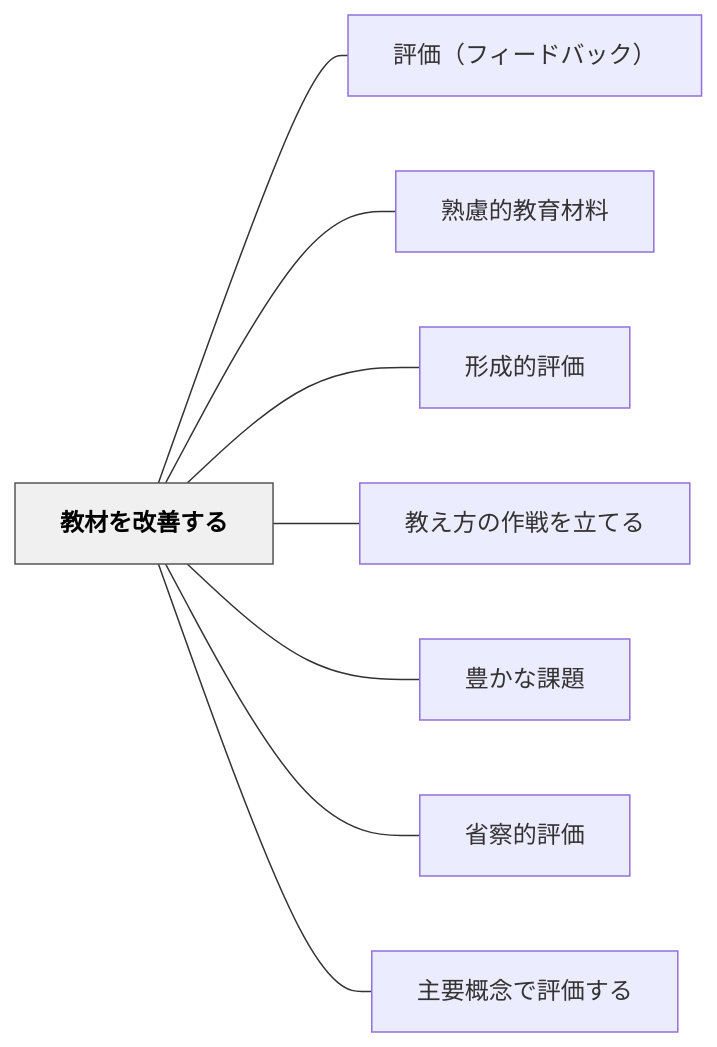
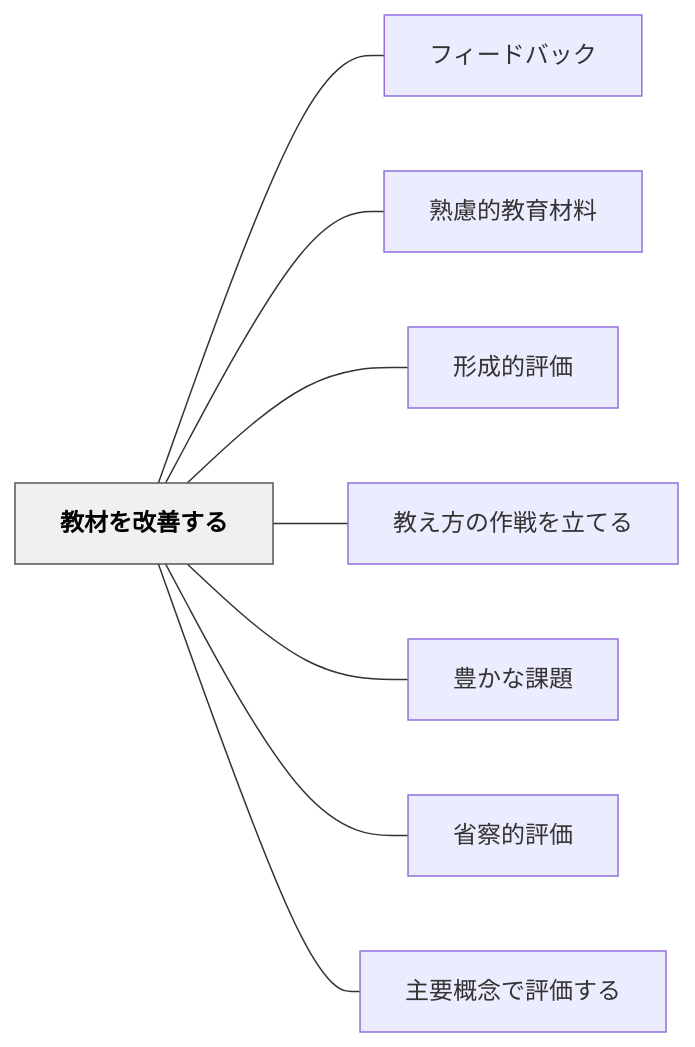
The diagram in content/パタン/教材を改善する.md (unknownthings-ed-patterns/unknownthings-ed-patterns), drawn with Mermaid before and after one commit. The commit also changed 5 other files, not shown here.

````diff
--- a/content/パタン/教材を改善する.md
+++ b/content/パタン/教材を改善する.md
@@ -48,22 +48,22 @@
 ```mermaid
 flowchart LR
     ne69599e69d90e38292e694b9e59684e38199e3828b["教材を改善する"]
-    ne8a995e4bea1efbc88e38395e382a3e383bce38389e38390e38383e382afefbc89["評価（フィードバック）"]
+    ne38395e382a3e383bce38389e38390e38383e382af["フィードバック"]
     ne7869fe685aee79a84e69599e882b2e69d90e69699["熟慮的教育材料"]
     ne5bda2e68890e79a84e8a995e4bea1["形成的評価"]
     ne69599e38188e696b9e381aee4bd9ce688a6e38292e7ab8be381a6e3828b["教え方の作戦を立てる"]
     ne8b18ae3818be381aae8aab2e9a18c["豊かな課題"]
     ne79c81e5af9fe79a84e8a995e4bea1["省察的評価"]
     ne4b8bbe8a681e6a682e5bfb5e381a7e8a995e4bea1e38199e3828b["主要概念で評価する"]
 
-    ne69599e69d90e38292e694b9e59684e38199e3828b --- ne8a995e4bea1efbc88e38395e382a3e383bce38389e38390e38383e382afefbc89
+    ne69599e69d90e38292e694b9e59684e38199e3828b --- ne38395e382a3e383bce38389e38390e38383e382af
     ne69599e69d90e38292e694b9e59684e38199e3828b --- ne7869fe685aee79a84e69599e882b2e69d90e69699
     ne69599e69d90e38292e694b9e59684e38199e3828b --- ne5bda2e68890e79a84e8a995e4bea1
     ne69599e69d90e38292e694b9e59684e38199e3828b --- ne69599e38188e696b9e381aee4bd9ce688a6e38292e7ab8be381a6e3828b
     ne69599e69d90e38292e694b9e59684e38199e3828b --- ne8b18ae3818be381aae8aab2e9a18c
     ne69599e69d90e38292e694b9e59684e38199e3828b --- ne79c81e5af9fe79a84e8a995e4bea1
     ne69599e69d90e38292e694b9e59684e38199e3828b --- ne4b8bbe8a681e6a682e5bfb5e381a7e8a995e4bea1e38199e3828b
 
     classDef hub fill:#f0f0f0,stroke:#555,color:#000,font-weight:bold
     class ne69599e69d90e38292e694b9e59684e38199e3828b hub
 ```
````
